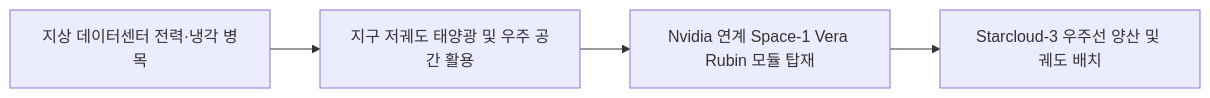
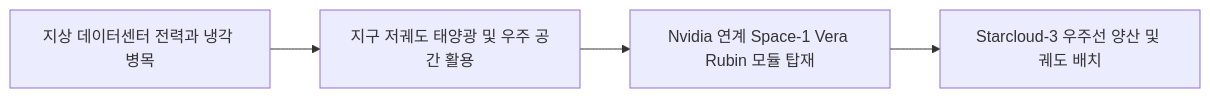
The first of 3 diagrams in _posts/2026-08-22-starcloud-secures-250-million-for-orbital-ai-data-center-constellation.md (jjxxmiin/jjxxmiin.github.io), drawn with Mermaid before and after one commit. The commit also changed other lines of this file and 624 other files, not shown here.

````diff
--- a/_posts/2026-08-22-starcloud-secures-250-million-for-orbital-ai-data-center-constellation.md
+++ b/_posts/2026-08-22-starcloud-secures-250-million-for-orbital-ai-data-center-constellation.md
@@ -56,6 +60,6 @@
 ```mermaid
 flowchart LR
-    P1[지상 데이터센터 전력·냉각 병목] --> P2[지구 저궤도 태양광 및 우주 공간 활용]
+    P1[지상 데이터센터 전력과 냉각 병목] --> P2[지구 저궤도 태양광 및 우주 공간 활용]
     P2 --> P3[Nvidia 연계 Space-1 Vera Rubin 모듈 탑재]
     P3 --> P4[Starcloud-3 우주선 양산 및 궤도 배치]
 ```
````
